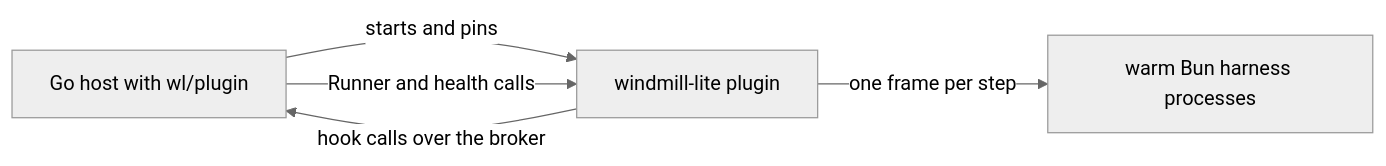
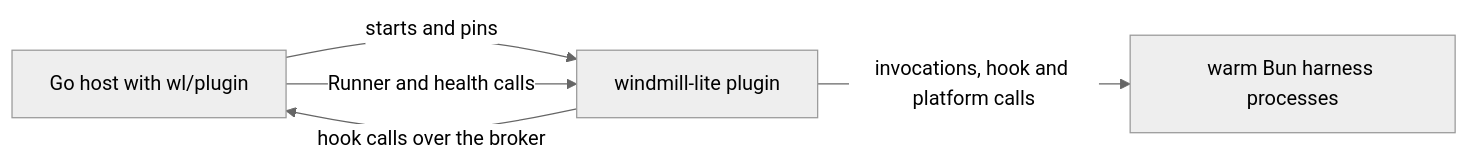
The diagram in docs/design/0009-host-adapters.md (invakid404/windmill-lite), drawn with Mermaid (neutral theme) before and after one commit. The commit also changed other lines of this file and 5 other files, not shown here.

````diff
--- a/docs/design/0009-host-adapters.md
+++ b/docs/design/0009-host-adapters.md
@@ -153,7 +153,7 @@
 ```mermaid
 flowchart LR
   host[Go host with wl/plugin] -->|starts and pins| engine[windmill-lite plugin]
   host -->|Runner and health calls| engine
   engine -->|hook calls over the broker| host
-  engine -->|one frame per step| harness[warm Bun harness processes]
+  engine -->|invocations, hook and platform calls| harness[warm Bun harness processes]
 ```
````
